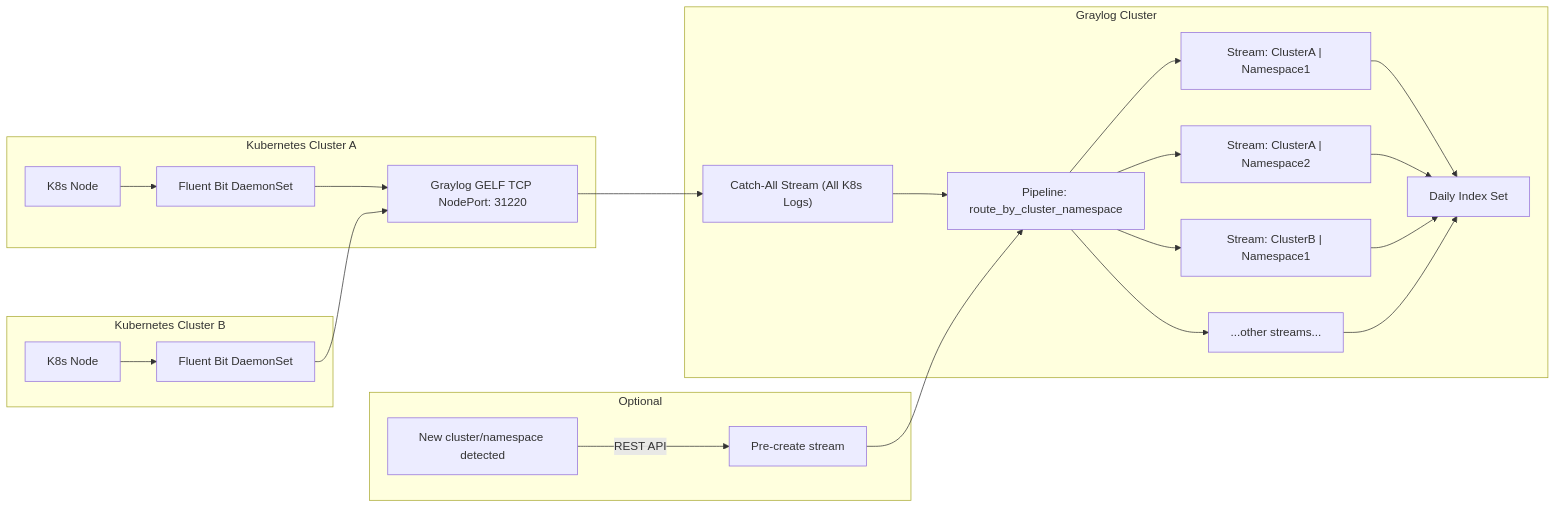
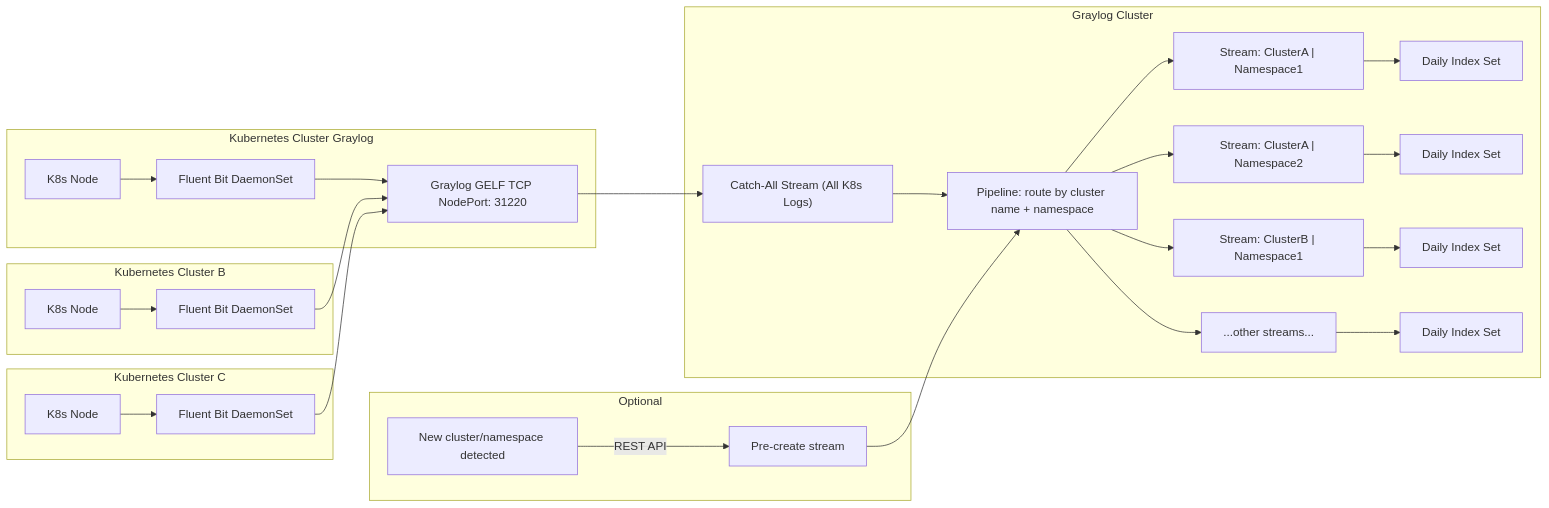
Before and after one commit to apakhbari/CheatSheets: the diagram in Orchestration/Kubernetes/logging-plan/README.md, drawn with Mermaid.

Commit message:
Change mermaid flowchart of Logging Plan on Kubernetes clusters

`````diff
--- a/Orchestration/Kubernetes/logging-plan/README.md
+++ b/Orchestration/Kubernetes/logging-plan/README.md
@@ -45,38 +45,43 @@
 ```mermaid
 flowchart LR
     %% External Kubernetes clusters
-    subgraph ClusterA[Kubernetes Cluster A]
+    subgraph ClusterA[Kubernetes Cluster Graylog]
         NodeA[K8s Node] --> FB_A[Fluent Bit DaemonSet]
         FB_A --> GELF_NodePort
     end
 
     subgraph ClusterB[Kubernetes Cluster B]
         NodeB[K8s Node] --> FB_B[Fluent Bit DaemonSet]
         FB_B --> GELF_NodePort
     end
 
+    subgraph ClusterC[Kubernetes Cluster C]
+        NodeC[K8s Node] --> FB_C[Fluent Bit DaemonSet]
+        FB_C --> GELF_NodePort
+    end
+
     %% Graylog NodePort Input
     subgraph Graylog[Graylog Cluster]
         GELF_NodePort[Graylog GELF TCP NodePort: 31220]
         GELF_NodePort --> CatchAll["Catch-All Stream (All K8s Logs)"]
-        CatchAll --> Pipeline[Pipeline: route_by_cluster_namespace]
+        CatchAll --> Pipeline[Pipeline: route by cluster name + namespace]
 
         %% Streams per cluster+namespace
         Pipeline --> StreamA1["Stream: ClusterA | Namespace1"]
         Pipeline --> StreamA2["Stream: ClusterA | Namespace2"]
         Pipeline --> StreamB1["Stream: ClusterB | Namespace1"]
         Pipeline --> StreamBN["...other streams..."]
 
         %% Daily Index Sets
-        StreamA1 --> DailyIndex["Daily Index Set"]
-        StreamA2 --> DailyIndex
-        StreamB1 --> DailyIndex
-        StreamBN --> DailyIndex
+        StreamA1 --> DailyIndex1["Daily Index Set"]
+        StreamA2 --> DailyIndex2["Daily Index Set"]
+        StreamB1 --> DailyIndex3["Daily Index Set"]
+        StreamBN --> DailyIndex4["Daily Index Set"]
     end
 
     %% Optional automation for new streams
     subgraph Optional
         NewClusterNS[New cluster/namespace detected] -->|REST API| StreamCreation["Pre-create stream"]
         StreamCreation --> Pipeline
     end
 ````
`````
